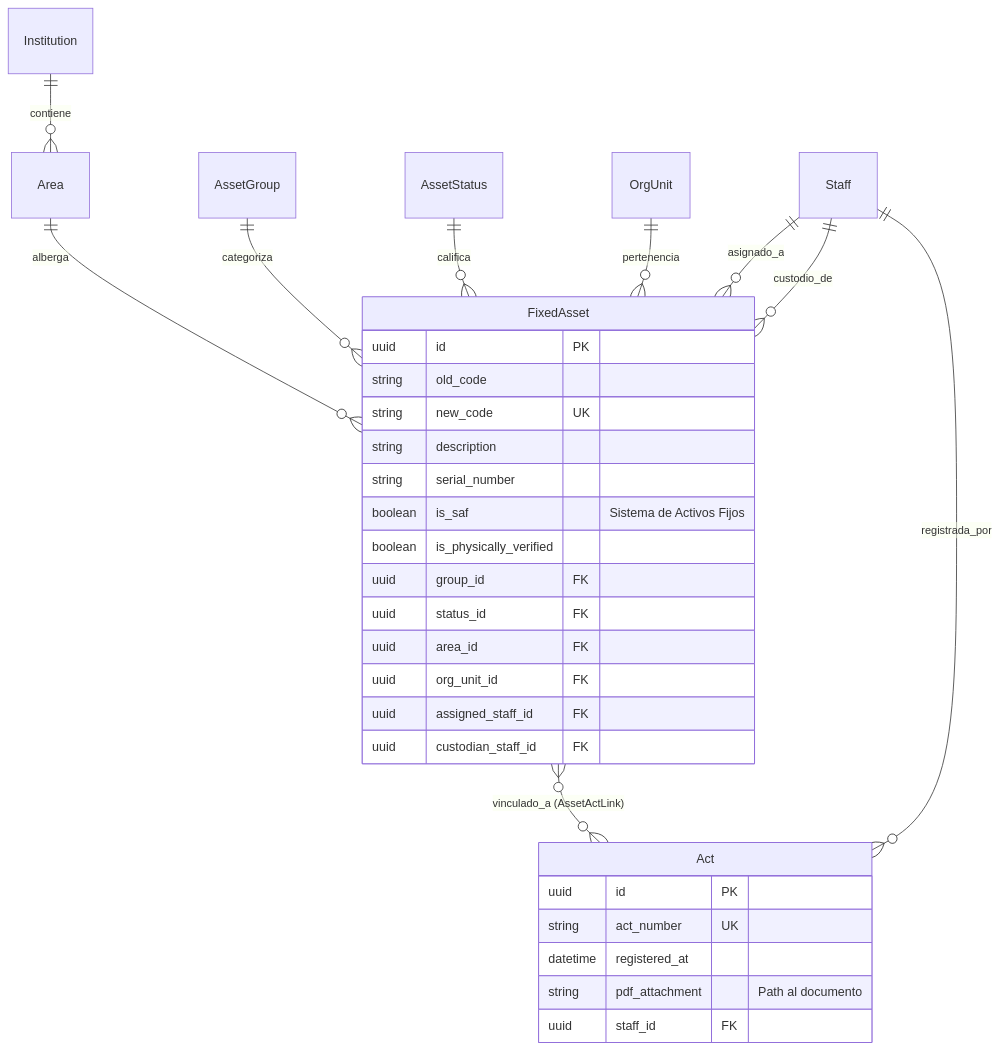
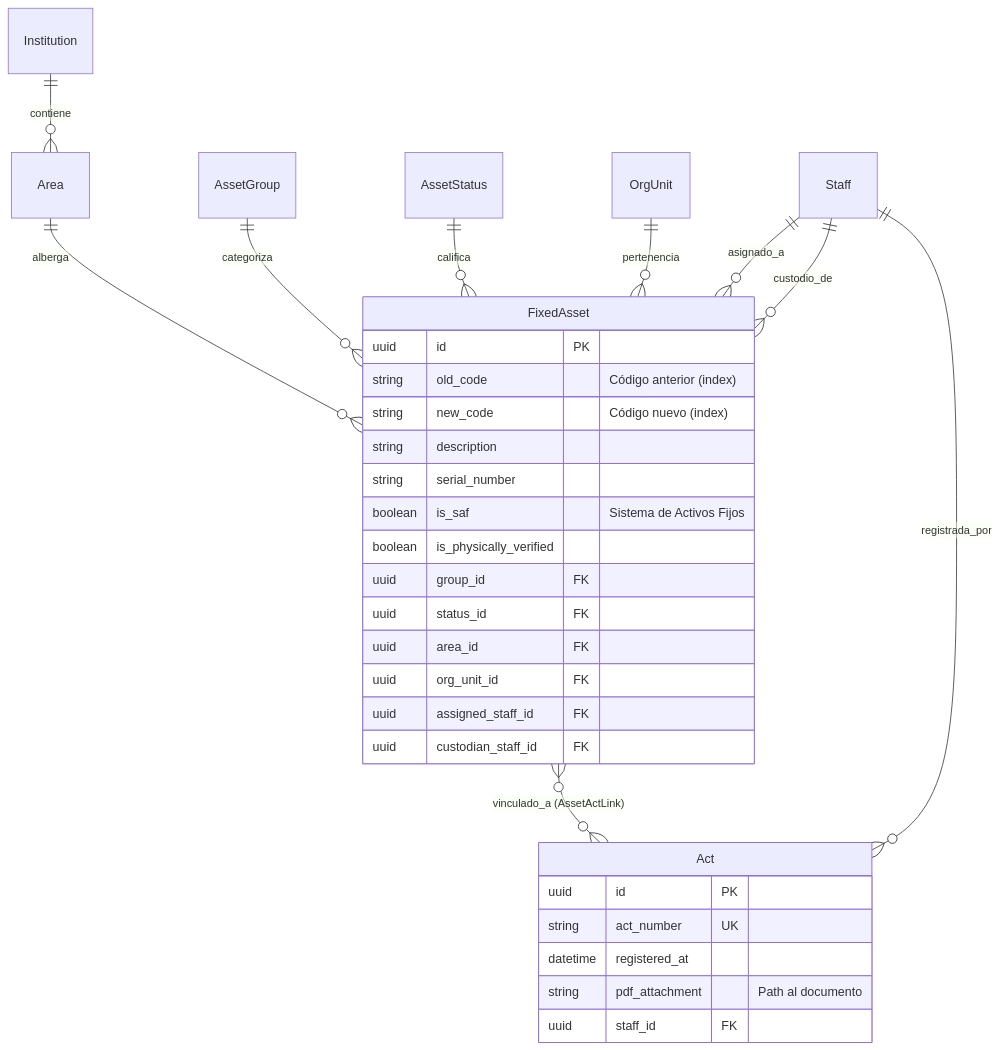
Before and after one commit to henrytaby/uyuni-backend-py: the diagram in docs/ASSETS_MODULE_GUIDE.md, drawn with Mermaid. The commit also changed 17 other files, not shown here.

Commit message:
docs: update architecture documentation to include dynamic modular catalogs and refine repository and RBAC guidelines

````diff
--- a/docs/ASSETS_MODULE_GUIDE.md
+++ b/docs/ASSETS_MODULE_GUIDE.md
@@ -30,36 +30,36 @@
 ```mermaid
 erDiagram
     Institution ||--o{ Area : "contiene"
     Area ||--o{ FixedAsset : "alberga"
     AssetGroup ||--o{ FixedAsset : "categoriza"
     AssetStatus ||--o{ FixedAsset : "califica"
     OrgUnit ||--o{ FixedAsset : "pertenencia"
     Staff ||--o{ FixedAsset : "asignado_a"
     Staff ||--o{ FixedAsset : "custodio_de"
     FixedAsset }o--o{ Act : "vinculado_a (AssetActLink)"
     Staff ||--o{ Act : "registrada_por"
 
     FixedAsset {
         uuid id PK
-        string old_code
-        string new_code UK
+        string old_code "Código anterior (index)"
+        string new_code "Código nuevo (index)"
         string description
         string serial_number
         boolean is_saf "Sistema de Activos Fijos"
         boolean is_physically_verified
         uuid group_id FK
         uuid status_id FK
         uuid area_id FK
         uuid org_unit_id FK
         uuid assigned_staff_id FK
         uuid custodian_staff_id FK
     }
 
     Act {
         uuid id PK
         string act_number UK
         datetime registered_at
         string pdf_attachment "Path al documento"
         uuid staff_id FK
     }
 ```
````
